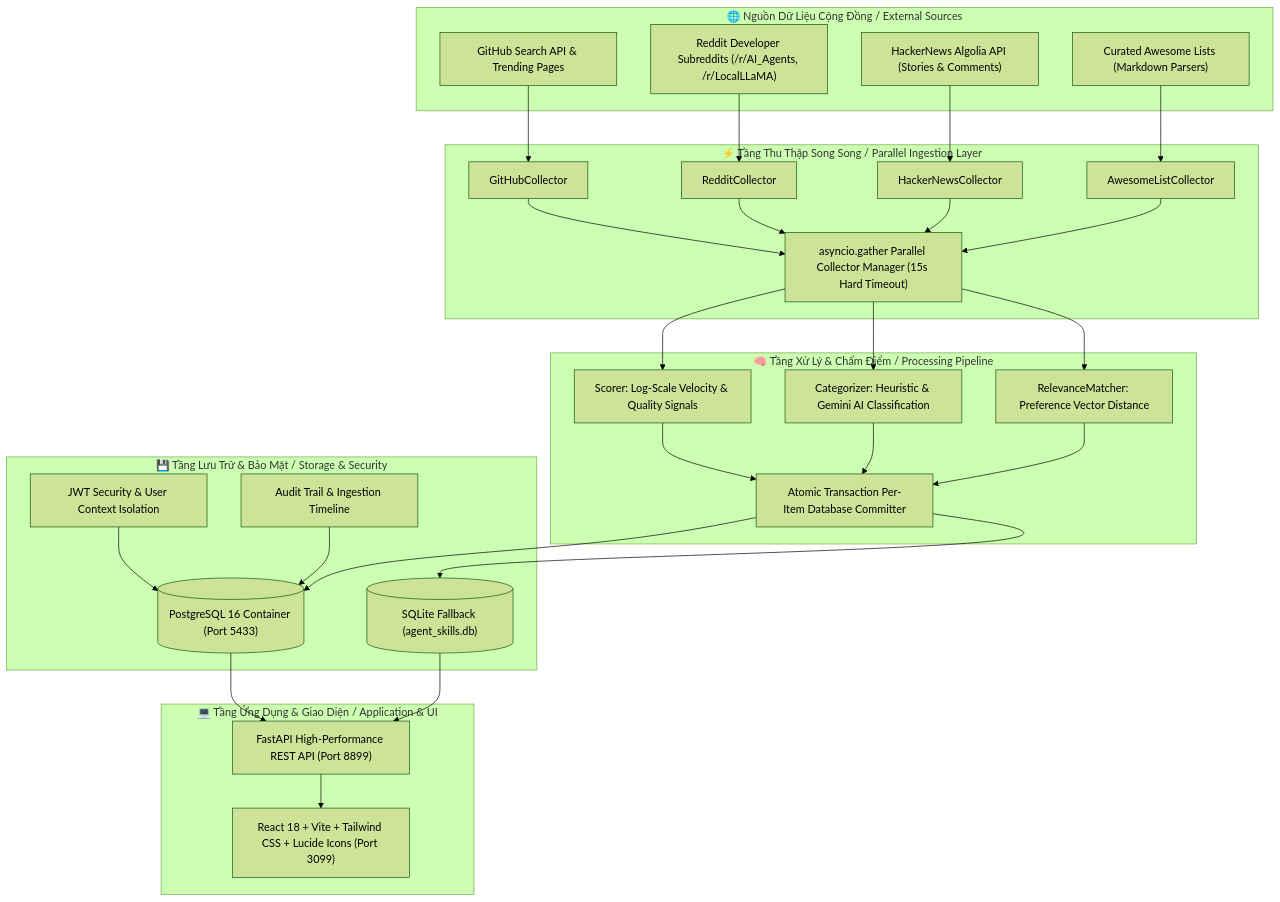
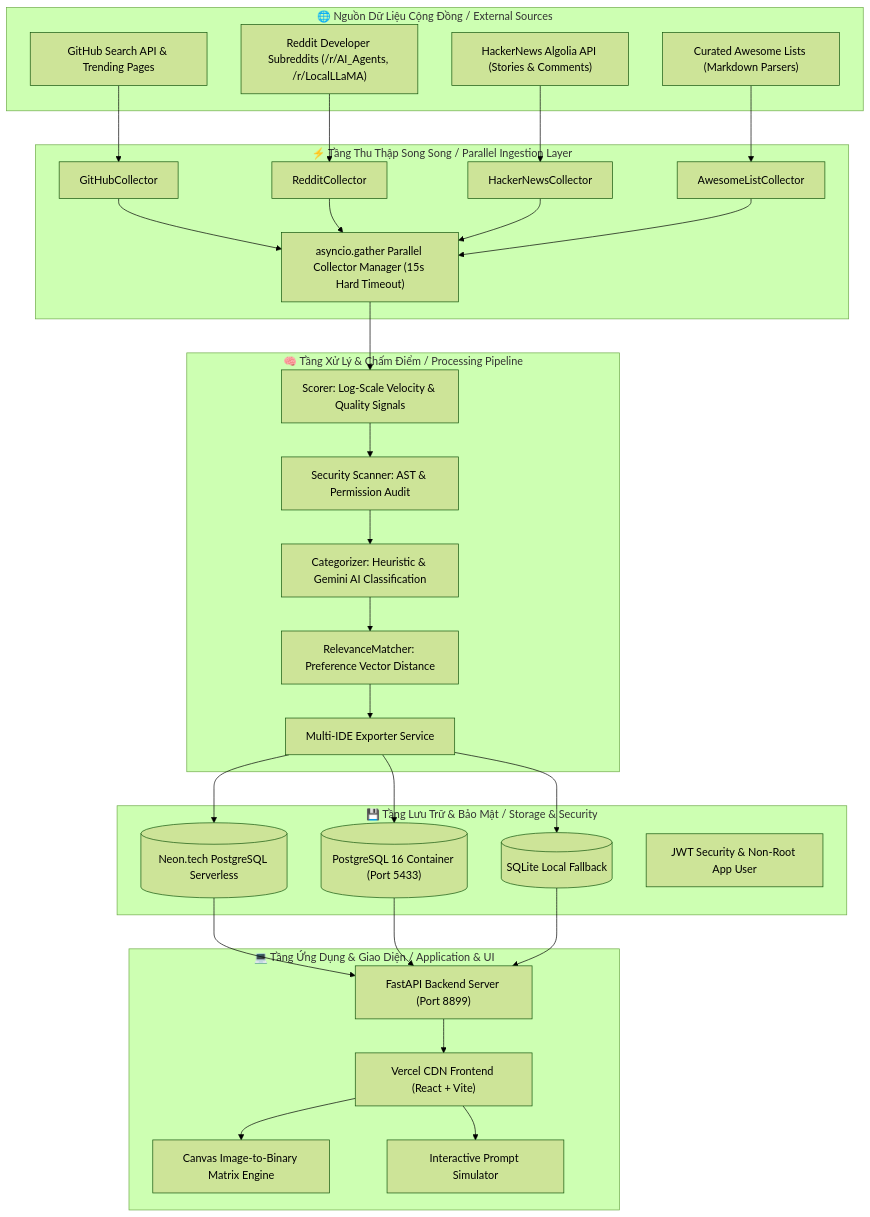
Before and after one commit to minhhieu04/agent-skill-trending: the second of 2 diagrams in README.md, drawn with Mermaid (forest theme). The commit also changed other lines of this file and 1 other file, not shown here.

Commit message:
docs: update README to v3.0 with live demo endpoints, matrix art docs, and switch LICENSE to Apache 2.0

````diff
--- a/README.md
+++ b/README.md
@@ -119,50 +132,67 @@
 ```mermaid
 flowchart TD
     subgraph External Sources ["🌐 Nguồn Dữ Liệu Cộng Đồng / External Sources"]
         GH["GitHub Search API & Trending Pages"]
         RD["Reddit Developer Subreddits (/r/AI_Agents, /r/LocalLLaMA)"]
         HN["HackerNews Algolia API (Stories & Comments)"]
         AW["Curated Awesome Lists (Markdown Parsers)"]
     end
 
     subgraph Collection Layer ["⚡ Tầng Thu Thập Song Song / Parallel Ingestion Layer"]
         COL["asyncio.gather Parallel Collector Manager (15s Hard Timeout)"]
         GH_COL["GitHubCollector"]
         RD_COL["RedditCollector"]
         HN_COL["HackerNewsCollector"]
         AW_COL["AwesomeListCollector"]
     end
 
     subgraph Processing Pipeline ["🧠 Tầng Xử Lý & Chấm Điểm / Processing Pipeline"]
         SC["Scorer: Log-Scale Velocity & Quality Signals"]
+        SEC["Security Scanner: AST & Permission Audit"]
         CAT["Categorizer: Heuristic & Gemini AI Classification"]
         REL["RelevanceMatcher: Preference Vector Distance"]
-        ATOM["Atomic Transaction Per-Item Database Committer"]
+        EXP["Multi-IDE Exporter Service"]
     end
 
     subgraph Storage Layer ["💾 Tầng Lưu Trữ & Bảo Mật / Storage & Security"]
-        PG[("PostgreSQL 16 Container (Port 5433)")]
-        SQLITE[("SQLite Fallback (agent_skills.db)")]
-        AUTH["JWT Security & User Context Isolation"]
-        AUDIT["Audit Trail & Ingestion Timeline"]
+        NEON[("Neon.tech PostgreSQL Serverless")]
+        PG_LOCAL[("PostgreSQL 16 Container (Port 5433)")]
+        SQLITE[("SQLite Local Fallback")]
+        AUTH["JWT Security & Non-Root App User"]
     end
 
     subgraph Application & Presentation ["💻 Tầng Ứng Dụng & Giao Diện / Application & UI"]
-        API["FastAPI High-Performance REST API (Port 8899)"]
-        FE["React 18 + Vite + Tailwind CSS + Lucide Icons (Port 3099)"]
+        FASTAPI["FastAPI Backend Server (Port 8899)"]
+        VERCEL["Vercel CDN Frontend (React + Vite)"]
+        MATRIX_CANVAS["Canvas Image-to-Binary Matrix Engine"]
+        PLAYGROUND["Interactive Prompt Simulator"]
     end
 
     GH --> GH_COL
     RD --> RD_COL
     HN --> HN_COL
     AW --> AW_COL
 
-    GH_COL & RD_COL & HN_COL & AW_COL --> COL
-    COL --> SC & CAT & REL
-    SC & CAT & REL --> ATOM
-    ATOM --> PG & SQLITE
-    AUTH & AUDIT --> PG
+    GH_COL --> COL
+    RD_COL --> COL
+    HN_COL --> COL
+    AW_COL --> COL
 
-    PG & SQLITE --> API
-    API --> FE
+    COL --> SC
+    SC --> SEC
+    SEC --> CAT
+    CAT --> REL
+    REL --> EXP
+
+    EXP --> NEON
+    EXP --> PG_LOCAL
+    EXP --> SQLITE
+
+    NEON --> FASTAPI
+    PG_LOCAL --> FASTAPI
+    SQLITE --> FASTAPI
+
+    FASTAPI --> VERCEL
+    VERCEL --> MATRIX_CANVAS
+    VERCEL --> PLAYGROUND
 ```
````
